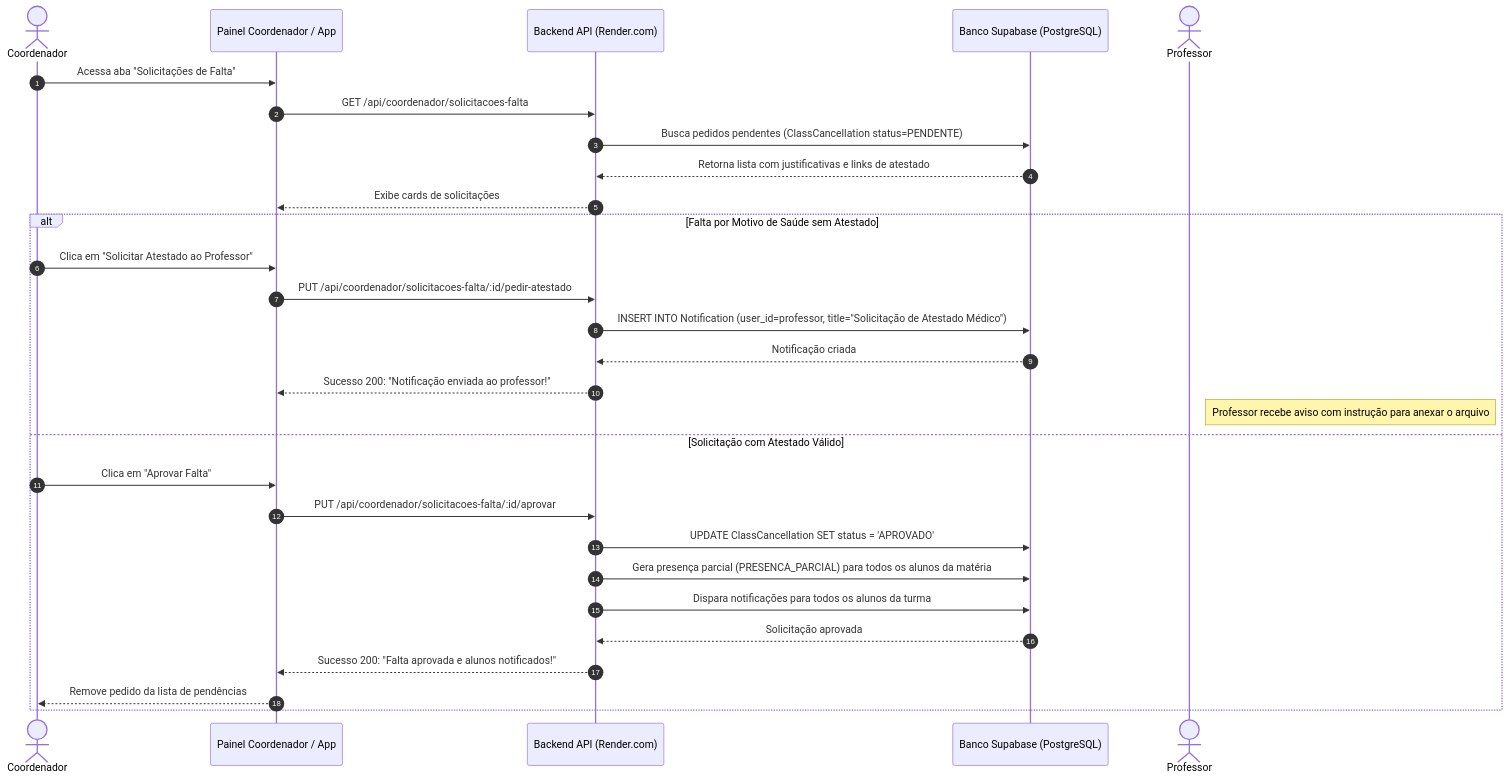
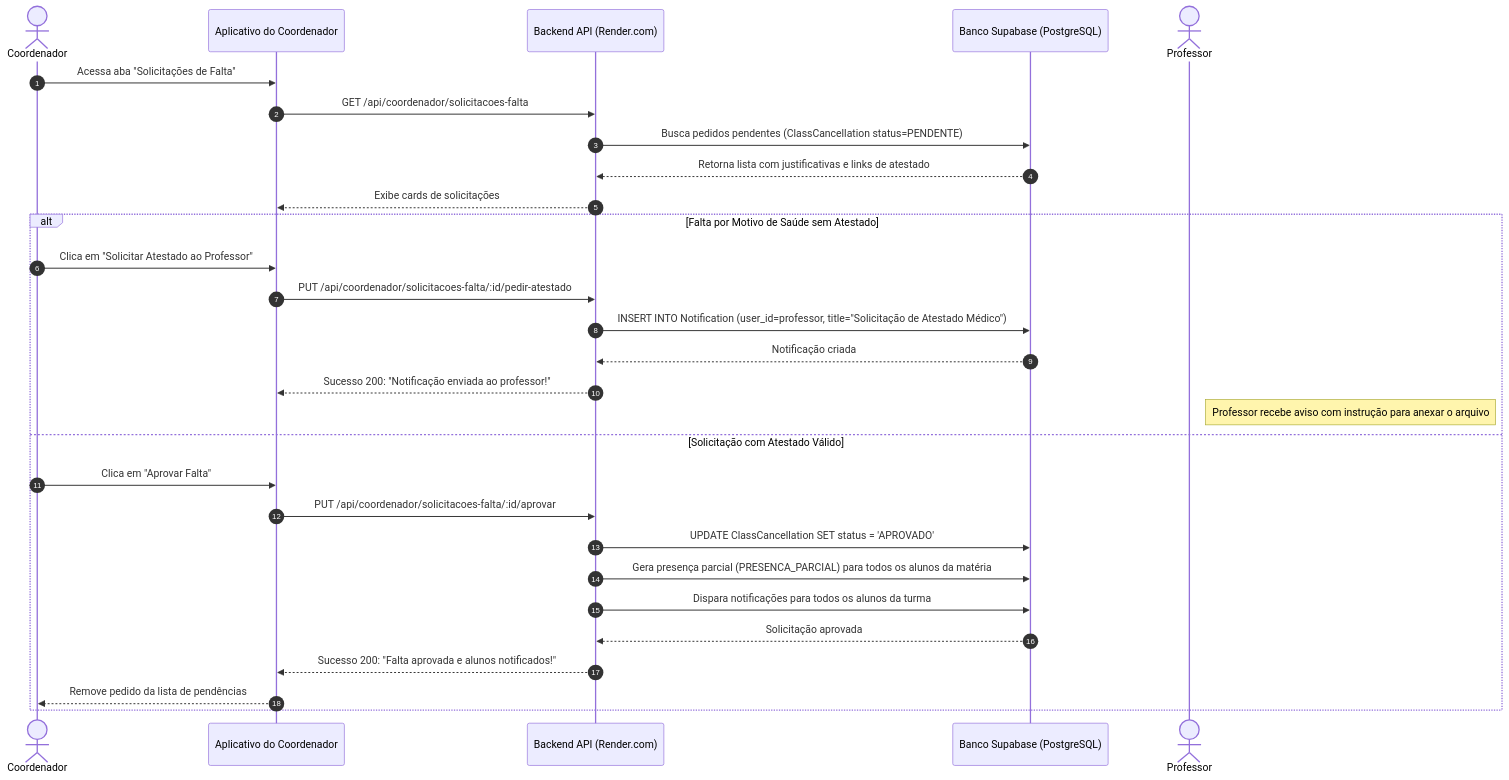
Diagram 22 of 24 in documentacao/diagramas/fluxos.md (caneschi-lais/geoclass), drawn with Mermaid before and after one commit. The commit also changed other lines of this file and 34 other files, not shown here.

Commit message:
docs: add system architecture diagrams and generation script

````diff
--- a/documentacao/diagramas/fluxos.md
+++ b/documentacao/diagramas/fluxos.md
@@ -790,33 +790,33 @@
 ```mermaid
 sequenceDiagram
     autonumber
     actor Coordenador
-    participant Web as Painel Coordenador / App
+    participant App as Aplicativo do Coordenador
     participant API as Backend API (Render.com)
     participant DB as Banco Supabase (PostgreSQL)
     actor Professor
 
-    Coordenador->>Web: Acessa aba "Solicitações de Falta"
-    Web->>API: GET /api/coordenador/solicitacoes-falta
+    Coordenador->>App: Acessa aba "Solicitações de Falta"
+    App->>API: GET /api/coordenador/solicitacoes-falta
     API->>DB: Busca pedidos pendentes (ClassCancellation status=PENDENTE)
     DB-->>API: Retorna lista com justificativas e links de atestado
-    API-->>Web: Exibe cards de solicitações
+    API-->>App: Exibe cards de solicitações
 
     alt Falta por Motivo de Saúde sem Atestado
-        Coordenador->>Web: Clica em "Solicitar Atestado ao Professor"
-        Web->>API: PUT /api/coordenador/solicitacoes-falta/:id/pedir-atestado
+        Coordenador->>App: Clica em "Solicitar Atestado ao Professor"
+        App->>API: PUT /api/coordenador/solicitacoes-falta/:id/pedir-atestado
         API->>DB: INSERT INTO Notification (user_id=professor, title="Solicitação de Atestado Médico")
         DB-->>API: Notificação criada
-        API-->>Web: Sucesso 200: "Notificação enviada ao professor!"
+        API-->>App: Sucesso 200: "Notificação enviada ao professor!"
         note right of Professor: Professor recebe aviso com instrução para anexar o arquivo
     else Solicitação com Atestado Válido
-        Coordenador->>Web: Clica em "Aprovar Falta"
-        Web->>API: PUT /api/coordenador/solicitacoes-falta/:id/aprovar
+        Coordenador->>App: Clica em "Aprovar Falta"
+        App->>API: PUT /api/coordenador/solicitacoes-falta/:id/aprovar
         API->>DB: UPDATE ClassCancellation SET status = 'APROVADO'
         API->>DB: Gera presença parcial (PRESENCA_PARCIAL) para todos os alunos da matéria
         API->>DB: Dispara notificações para todos os alunos da turma
         DB-->>API: Solicitação aprovada
-        API-->>Web: Sucesso 200: "Falta aprovada e alunos notificados!"
-        Web-->>Coordenador: Remove pedido da lista de pendências
+        API-->>App: Sucesso 200: "Falta aprovada e alunos notificados!"
+        App-->>Coordenador: Remove pedido da lista de pendências
     end
 ```
````
